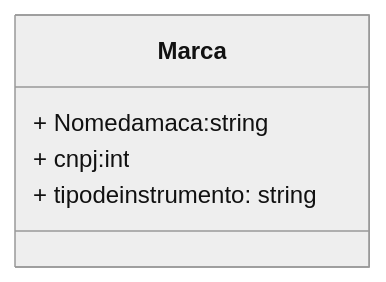
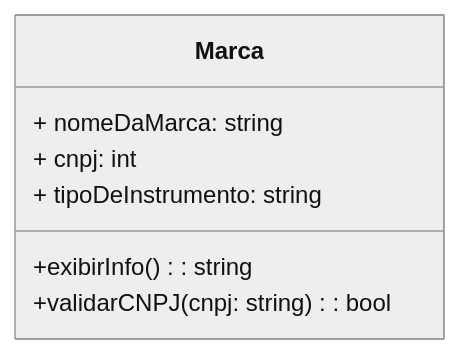
Before and after one commit to JoaoVitorCaetano/PooJavaCeub-Grupo8: the diagram in marca.md, drawn with Mermaid (neutral theme).

Commit message:
marca.md

````diff
--- a/marca.md
+++ b/marca.md
@@ -1,9 +1,11 @@
 ```mermaid
 classDiagram
   class Marca {
 
-+ Nomedamaca:string
-+ cnpj:int
-+ tipodeinstrumento: string
++ nomeDaMarca: string
++ cnpj: int
++ tipoDeInstrumento: string
++exibirInfo(): string
++validarCNPJ(cnpj: string): bool
 }
 ```
````
